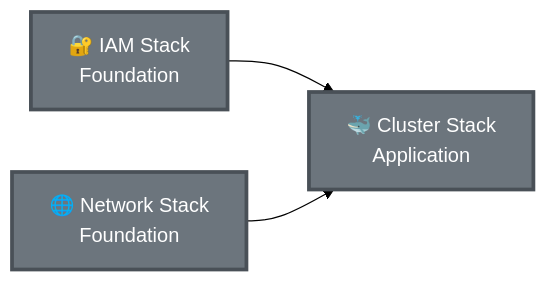
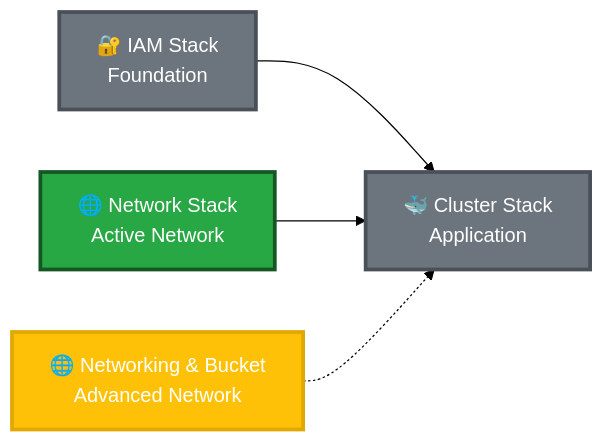
The second of 2 diagrams in master/overview.md (Elisabeth-Team/Architecture-Diagrams), drawn with Mermaid (forest theme) before and after one commit. The commit also changed other lines of this file and 1 other file, not shown here.

Commit message:
Update architecture diagrams with current infrastructure state

````diff
--- a/master/overview.md
+++ b/master/overview.md
@@ -136,11 +183,15 @@
 ```mermaid
 graph LR
     classDef stack fill:#6C757D,stroke:#495057,stroke-width:3px,color:#fff
+    classDef active fill:#28A745,stroke:#155724,stroke-width:3px,color:#fff
+    classDef available fill:#FFC107,stroke:#E0A800,stroke-width:3px,color:#fff
 
     IAM["🔐 IAM Stack<br/>Foundation"]:::stack
-    NETWORK["🌐 Network Stack<br/>Foundation"]:::stack
+    NETWORK["🌐 Network Stack<br/>Active Network"]:::active
+    NETBUCKET["🌐 Networking & Bucket<br/>Advanced Network"]:::available
     CLUSTER["🐳 Cluster Stack<br/>Application"]:::stack
 
     IAM --> CLUSTER
     NETWORK --> CLUSTER
+    NETBUCKET -.-> CLUSTER
 ```
````
